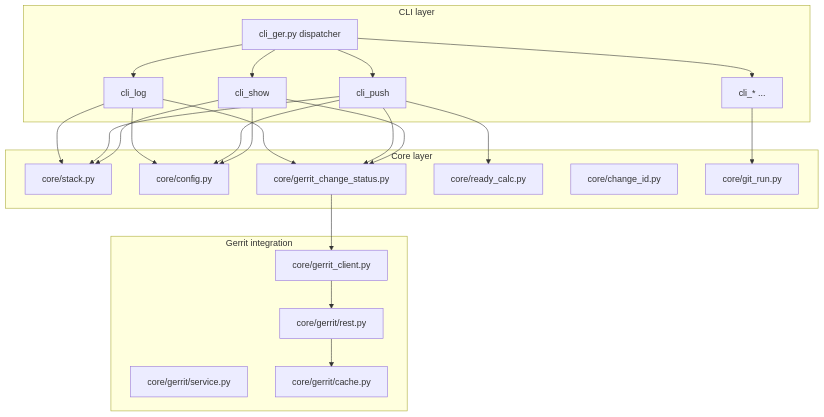
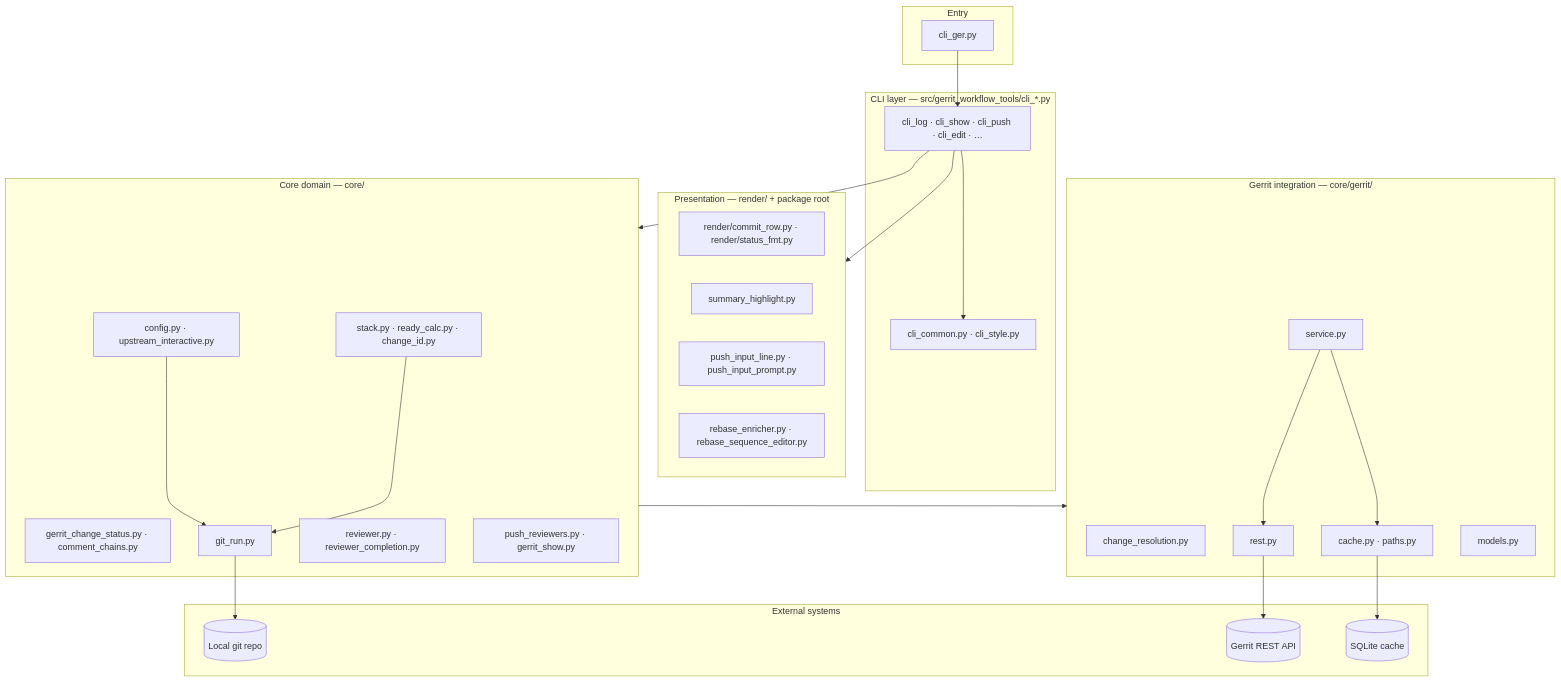
The first of 8 diagrams in docu/architecture.md (togrue/gerrit-workflow-tools), drawn with Mermaid before and after one commit. The commit also changed other lines of this file, not shown here.

Commit message:
dropme! architecture docu

````diff
--- a/docu/architecture.md
+++ b/docu/architecture.md
@@ -19,31 +29,54 @@
 ```mermaid
 flowchart TB
-  subgraph cli [CLI layer]
-    ger[cli_ger.py dispatcher]
-    log[cli_log]
-    push[cli_push]
-    show[cli_show]
-    other[cli_* ...]
+  subgraph entry [Entry]
+    ger[cli_ger.py]
   end
-  subgraph core [Core layer]
-    stack[core/stack.py]
-    config[core/config.py]
-    status[core/gerrit_change_status.py]
-    ready[core/ready_calc.py]
-    cid[core/change_id.py]
-    git[core/git_run.py]
+
+  subgraph cli [CLI layer — src/gerrit_workflow_tools/cli_*.py]
+    common[cli_common.py · cli_style.py]
+    commands[cli_log · cli_show · cli_push · cli_edit · …]
   end
-  subgraph gerrit [Gerrit integration]
-    client[core/gerrit_client.py]
-    service[core/gerrit/service.py]
-    rest[core/gerrit/rest.py]
-    cache[core/gerrit/cache.py]
+
+  subgraph presentation [Presentation — render/ + package root]
+    render[render/commit_row.py · render/status_fmt.py]
+    highlight[summary_highlight.py]
+    push_ui[push_input_line.py · push_input_prompt.py]
+    rebase_hook[rebase_enricher.py · rebase_sequence_editor.py]
   end
-  ger --> log & push & show & other
-  log & push & show --> stack & config & status
-  status --> client
-  client --> rest
-  rest --> cache
-  push --> ready
-  other --> git
+
+  subgraph core [Core domain — core/]
+    stack[stack.py · ready_calc.py · change_id.py]
+    status[gerrit_change_status.py · comment_chains.py]
+    config[config.py · upstream_interactive.py]
+    git[git_run.py]
+    reviewers[reviewer.py · reviewer_completion.py]
+    push_core[push_reviewers.py · gerrit_show.py]
+  end
+
+  subgraph gerrit [Gerrit integration — core/gerrit/]
+    resolution[change_resolution.py]
+    service[service.py]
+    rest[rest.py]
+    cache[cache.py · paths.py]
+    models[models.py]
+  end
+
+  subgraph external [External systems]
+    git_repo[(Local git repo)]
+    gerrit_api[(Gerrit REST API)]
+    sqlite[(SQLite cache)]
+  end
+
+  ger --> commands
+  commands --> common
+  commands --> core
+  commands --> presentation
+  core --> gerrit
+  service --> rest
+  service --> cache
+  rest --> gerrit_api
+  cache --> sqlite
+  stack --> git
+  config --> git
+  git --> git_repo
 ```
````
